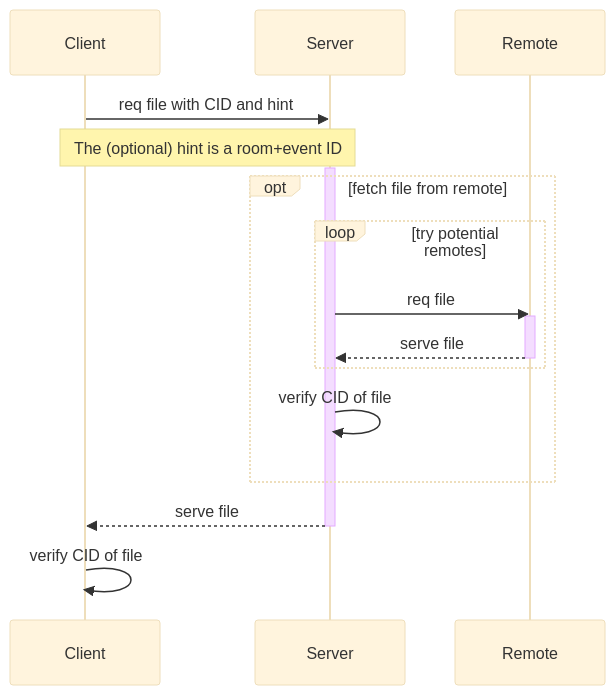
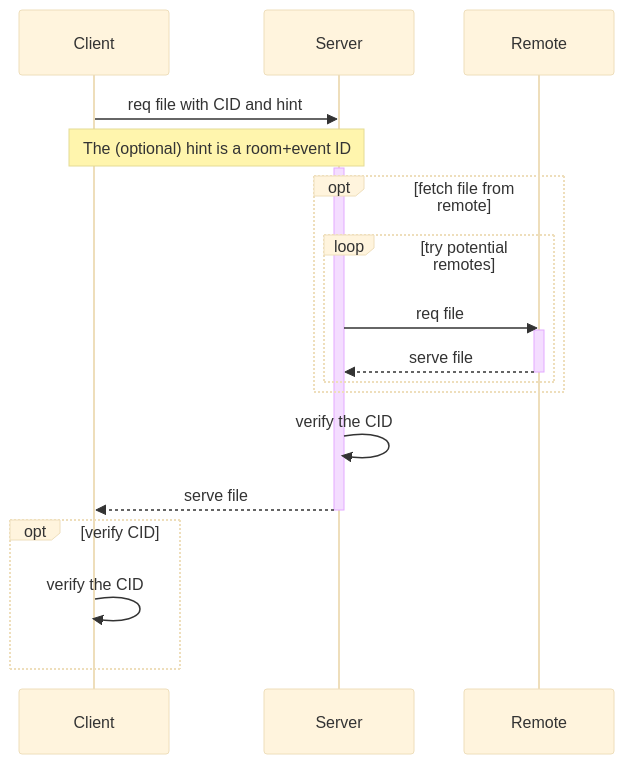
Before and after one commit to anoadragon453/matrix-doc: the fourth of 4 diagrams in proposals/xxxx-decentralising-media-through-cids.md, drawn with Mermaid (base theme). The commit also changed other lines of this file, not shown here.

````diff
--- a/proposals/xxxx-decentralising-media-through-cids.md
+++ b/proposals/xxxx-decentralising-media-through-cids.md
@@ -75,21 +82,23 @@
 ```mermaid
 sequenceDiagram
   participant C as Client
   participant S as Server
   participant R as Remote
   C->>S: req file with CID and hint
   Note over C,S: The (optional) hint is a room+event ID
   activate S
   opt fetch file from remote
     loop try potential remotes
       S->>R: req file
       activate R
       R-->>S: serve file
       deactivate R
     end
-    S->>S: verify CID of file
   end
+  S->>S: verify the CID
   S-->>C: serve file
   deactivate S
-  C->>C: verify CID of file
+  opt verify CID
+    C->>C: verify the CID
+  end
 ```
````
